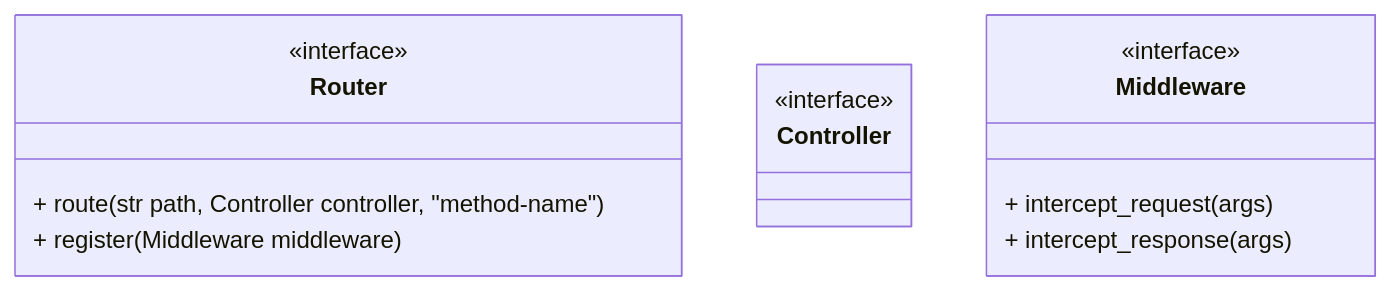
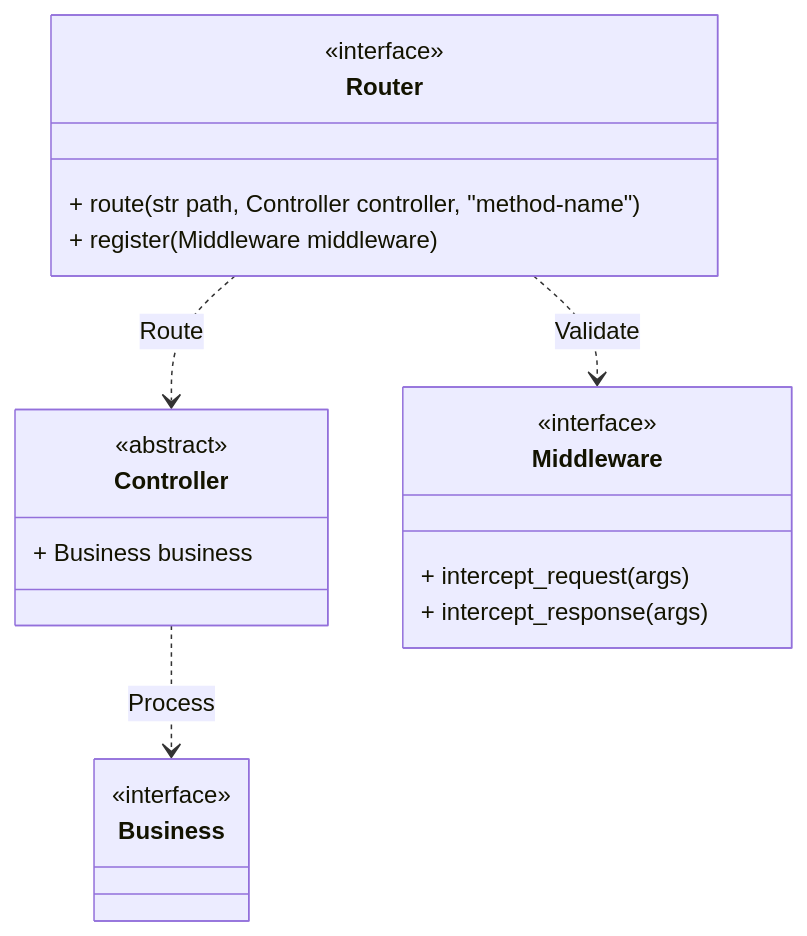
One commit to YeongRoYun/ku-database changed the first of 2 diagrams in doc/module.md. Above: the diagram before and after it, drawn with Mermaid. The commit also changed other lines of this file, not shown here.

````diff
--- a/doc/module.md
+++ b/doc/module.md
@@ -2,16 +2,23 @@
 ```mermaid
 classDiagram
     class Router {
         <<interface>>
         + route(str path, Controller controller, "method-name")
         + register(Middleware middleware)
     }
     class Controller {
-        <<interface>>
+        <<abstract>>
+        + Business business
     }
     class Middleware {
         <<interface>>
         + intercept_request(args)
         + intercept_response(args)
     }
+    class Business {
+        <<interface>>
+    }
+    Router ..> Controller: Route
+    Router ..> Middleware: Validate
+    Controller ..> Business: Process
 ```
````
